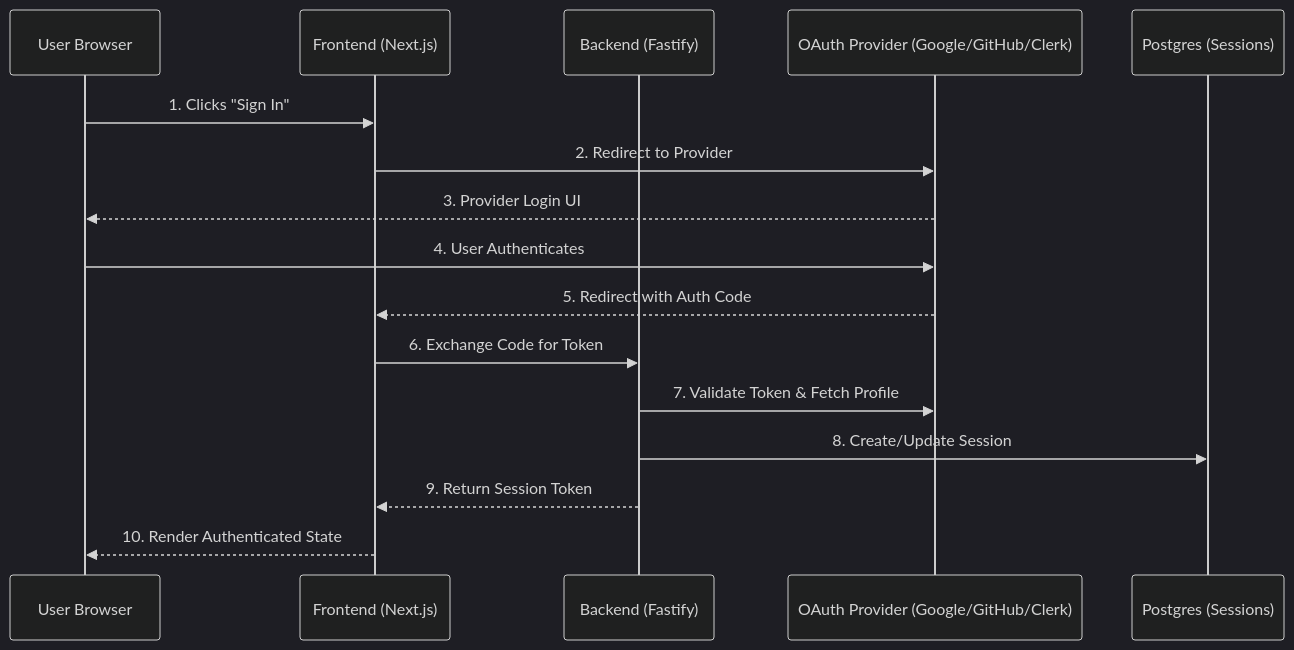
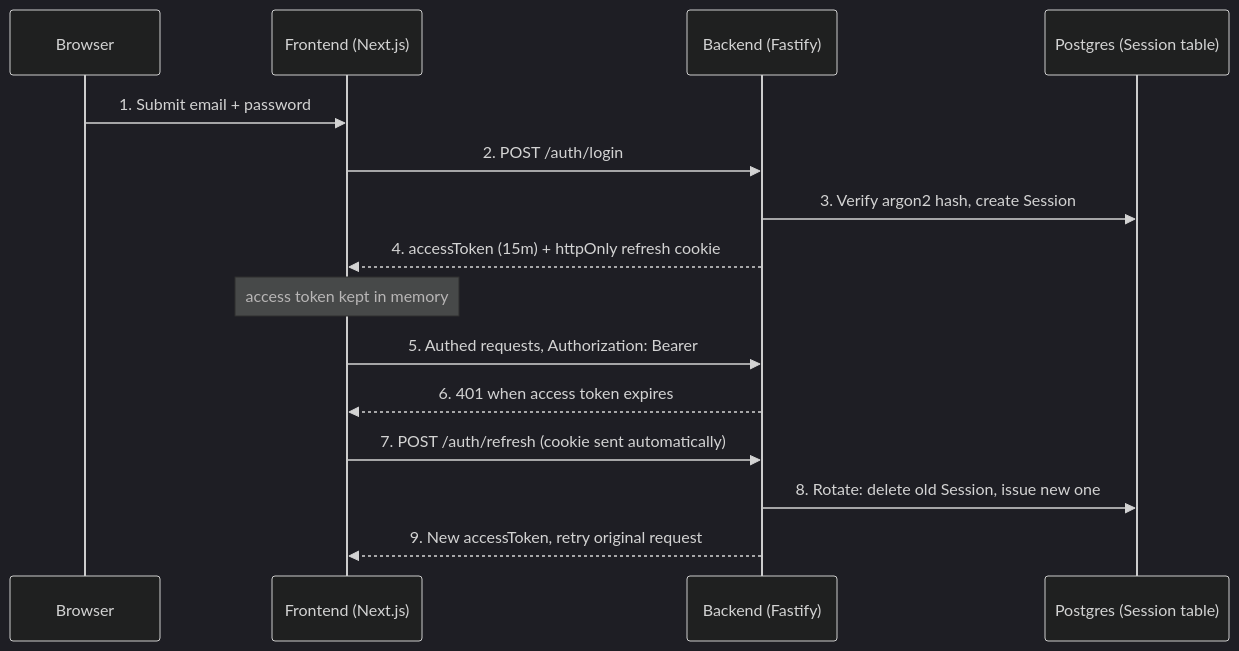
The second of 2 diagrams in README.md (sinhamajestic/Shuroku), drawn with Mermaid (dark theme) before and after one commit. The commit also changed other lines of this file, not shown here.

````diff
--- a/README.md
+++ b/README.md
@@ -142,19 +71,18 @@
 ```mermaid
 sequenceDiagram
-  participant U as User Browser
+  participant U as Browser
   participant FE as Frontend (Next.js)
   participant BE as Backend (Fastify)
-  participant IDP as OAuth Provider (Google/GitHub/Clerk)
-  participant DB as Postgres (Sessions)
+  participant DB as Postgres (Session table)
 
-  U->>FE: 1. Clicks "Sign In"
-  FE->>IDP: 2. Redirect to Provider
-  IDP-->>U: 3. Provider Login UI
-  U->>IDP: 4. User Authenticates
-  IDP-->>FE: 5. Redirect with Auth Code
-  FE->>BE: 6. Exchange Code for Token
-  BE->>IDP: 7. Validate Token & Fetch Profile
-  BE->>DB: 8. Create/Update Session
-  BE-->>FE: 9. Return Session Token
-  FE-->>U: 10. Render Authenticated State
+  U->>FE: 1. Submit email + password
+  FE->>BE: 2. POST /auth/login
+  BE->>DB: 3. Verify argon2 hash, create Session
+  BE-->>FE: 4. accessToken (15m) + httpOnly refresh cookie
+  Note over FE: access token kept in memory
+  FE->>BE: 5. Authed requests, Authorization: Bearer
+  BE-->>FE: 6. 401 when access token expires
+  FE->>BE: 7. POST /auth/refresh (cookie sent automatically)
+  BE->>DB: 8. Rotate: delete old Session, issue new one
+  BE-->>FE: 9. New accessToken, retry original request
 ```
````
